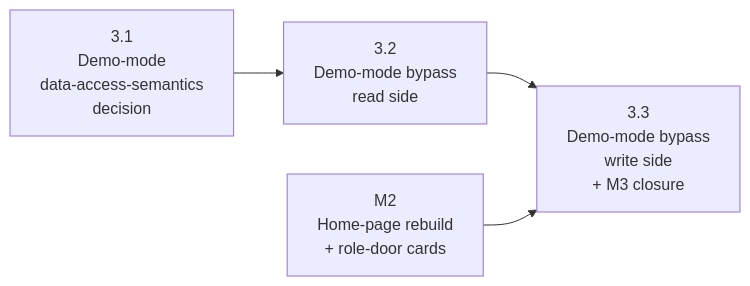
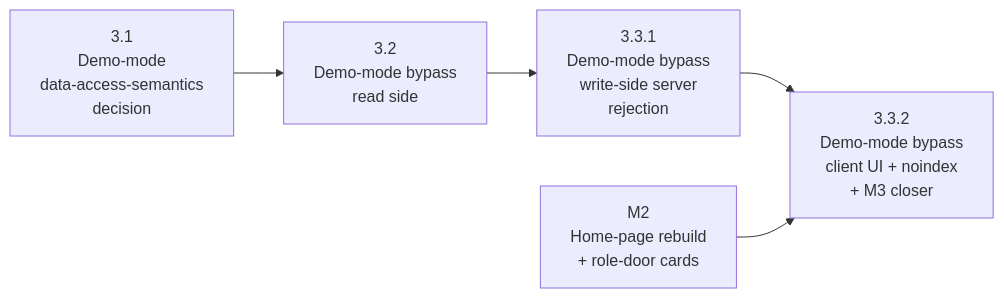
Before and after one commit to kcrobinson-1/neighborly-events: the diagram in docs/plans/epics/demo-expansion/m3-demo-mode-auth-bypass.md, drawn with Mermaid. The commit also changed other lines of this file and 2 other files, not shown here.

````diff
--- a/docs/plans/epics/demo-expansion/m3-demo-mode-auth-bypass.md
+++ b/docs/plans/epics/demo-expansion/m3-demo-mode-auth-bypass.md
@@ -246,11 +246,13 @@
 ```mermaid
 flowchart LR
     M2[M2<br/>Home-page rebuild<br/>+ role-door cards]
     P31[3.1<br/>Demo-mode<br/>data-access-semantics<br/>decision]
     P32[3.2<br/>Demo-mode bypass<br/>read side]
-    P33[3.3<br/>Demo-mode bypass<br/>write side<br/>+ M3 closure]
+    P331[3.3.1<br/>Demo-mode bypass<br/>write-side server<br/>rejection]
+    P332[3.3.2<br/>Demo-mode bypass<br/>client UI + noindex<br/>+ M3 closer]
 
     P31 --> P32
-    P32 --> P33
-    M2 --> P33
+    P32 --> P331
+    P331 --> P332
+    M2 --> P332
 ```
````
